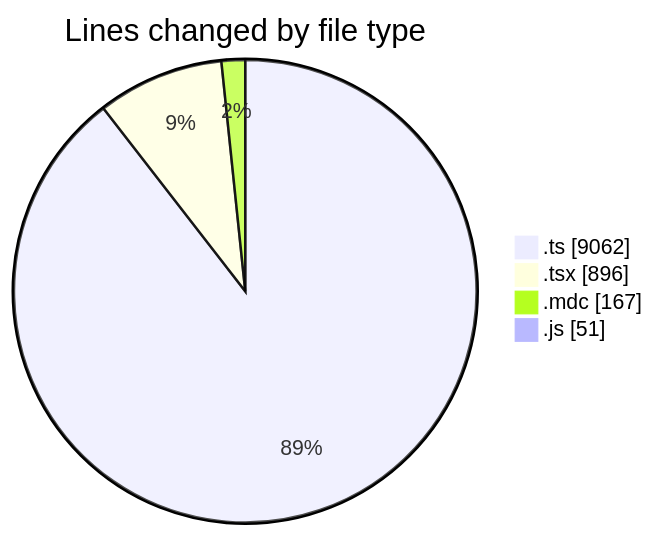
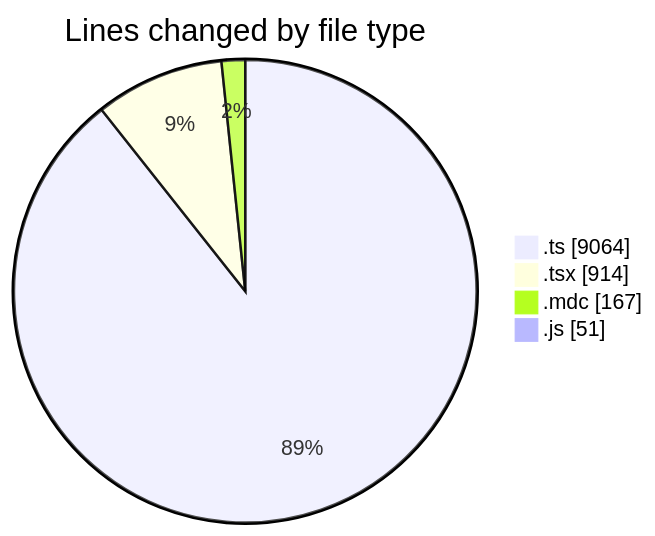
The first of 2 diagrams in 2025-06-06/ecodeli-1/README.md (CELIANVF/code-tracking), drawn with Mermaid before and after one commit. The commit also changed other lines of this file and 1 other file, not shown here.

````diff
--- a/2025-06-06/ecodeli-1/README.md
+++ b/2025-06-06/ecodeli-1/README.md
@@ -46,8 +47,8 @@
 ```mermaid
 pie showData
 title Lines changed by file type
-".ts" : 9062
-".tsx" : 896
+".ts" : 9064
+".tsx" : 914
 ".mdc" : 167
 ".js" : 51
 ```
````
